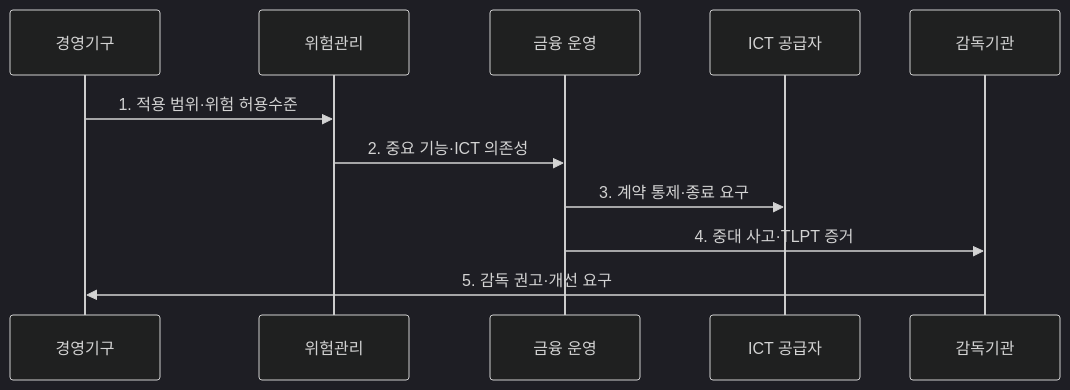
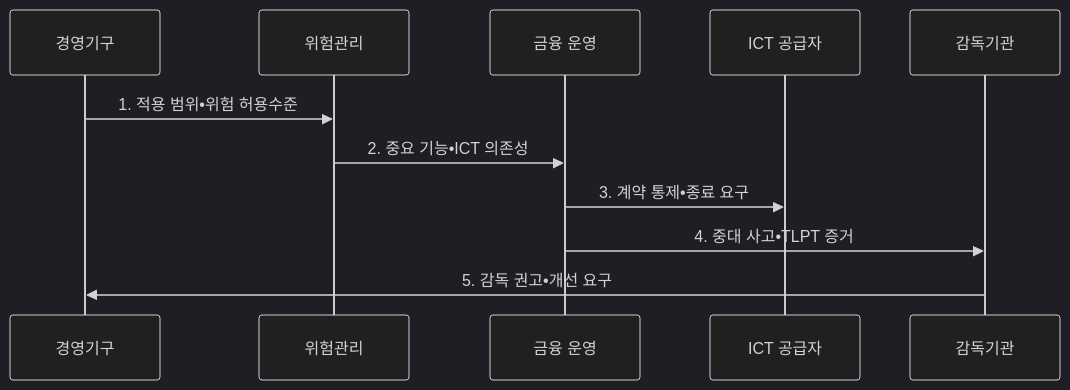
Before and after one commit to agnusdei1207/knowledge-base: the second of 2 diagrams in src/content/docs/notes/05-security/124_eu_dora.md, drawn with Mermaid (dark theme). The commit also changed other lines of this file and 953 other files, not shown here.

````diff
--- a/src/content/docs/notes/05-security/124_eu_dora.md
+++ b/src/content/docs/notes/05-security/124_eu_dora.md
@@ -101,13 +101,13 @@
 ```mermaid
 sequenceDiagram
   participant B as 경영기구
   participant R as 위험관리
   participant O as 금융 운영
   participant P as ICT 공급자
   participant A as 감독기관
-  B->>R: 1. 적용 범위·위험 허용수준
-  R->>O: 2. 중요 기능·ICT 의존성
-  O->>P: 3. 계약 통제·종료 요구
-  O->>A: 4. 중대 사고·TLPT 증거
-  A->>B: 5. 감독 권고·개선 요구
+  B->>R: 1. 적용 범위•위험 허용수준
+  R->>O: 2. 중요 기능•ICT 의존성
+  O->>P: 3. 계약 통제•종료 요구
+  O->>A: 4. 중대 사고•TLPT 증거
+  A->>B: 5. 감독 권고•개선 요구
 ```
````
